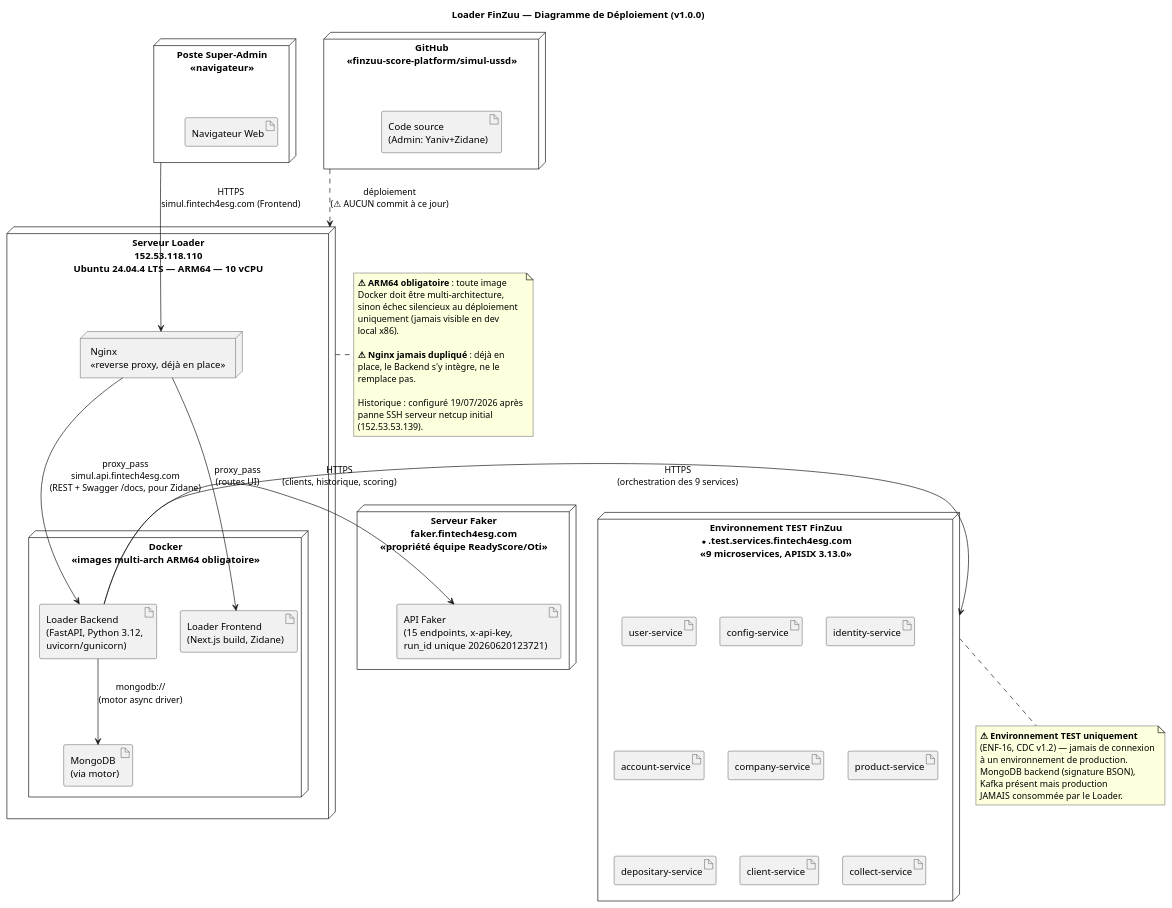
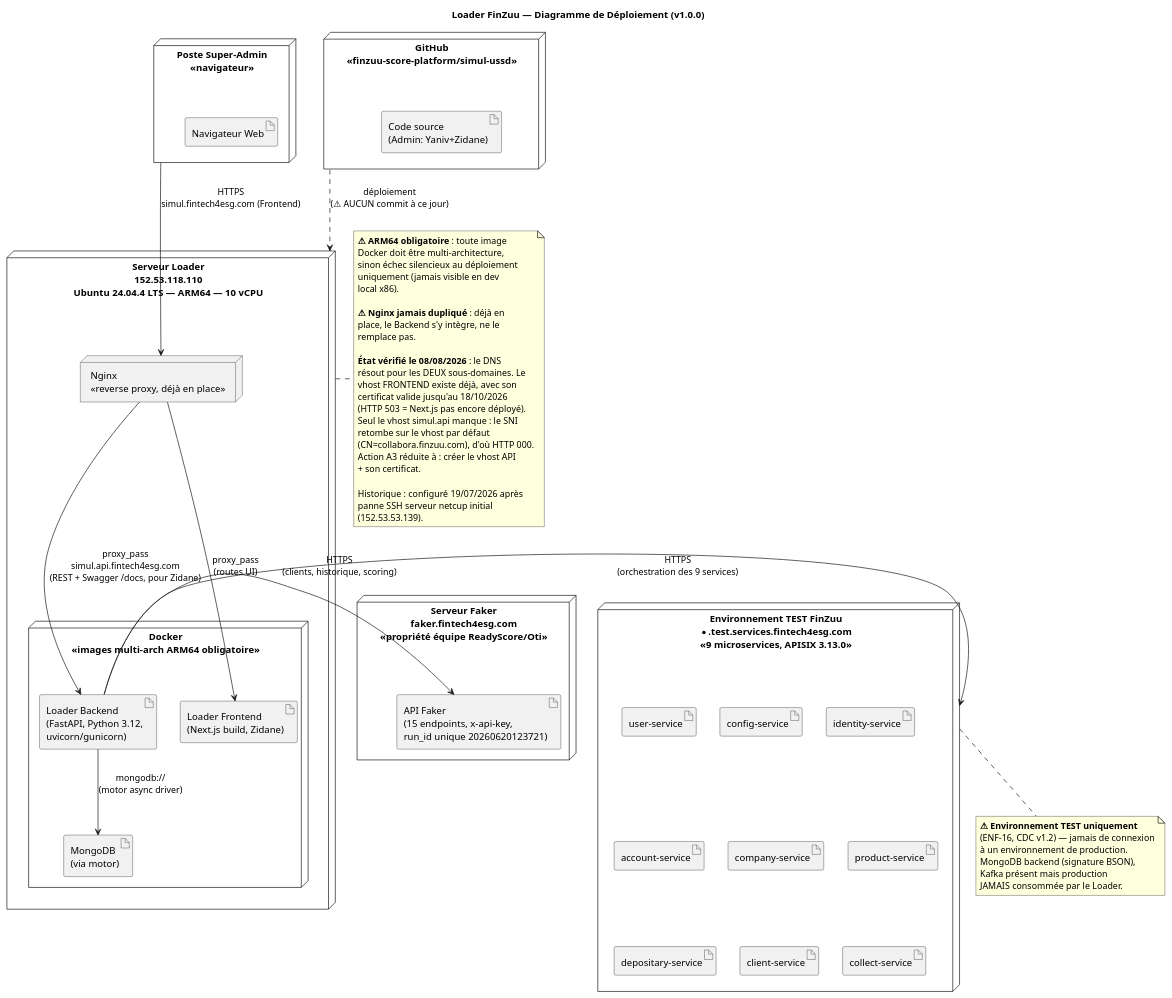
The diagram in docs/reference/uml_diagrams/11_deployment.puml (KuateAbdel/simulator-backend-loader), drawn with PlantUML before and after one commit. The commit also changed 5 other files, not shown here.

First line of the commit message:
fix(uml)+feat(cdc): alignement des diagrammes sur le CDC et parametres figes

```diff
--- a/docs/reference/uml_diagrams/11_deployment.puml
+++ b/docs/reference/uml_diagrams/11_deployment.puml
@@ -1,91 +1,102 @@
 @startuml Loader_FinZuu_Deployment_v1
 
 title Loader FinZuu — Diagramme de Déploiement (v1.0.0)
 skinparam nodeStyle rectangle
 
 ' ============================================================
 ' POSTE SUPER-ADMIN (client)
 ' ============================================================
 node "Poste Super-Admin\n<<navigateur>>" as CLIENT {
   artifact "Navigateur Web" as BROWSER
 }
 
 ' ============================================================
 ' SERVEUR LOADER — coordonnées exactes confirmées
 ' ============================================================
 node "Serveur Loader\n152.53.118.110\nUbuntu 24.04.4 LTS — ARM64 — 10 vCPU" as SERVER {
 
   node "Nginx\n<<reverse proxy, déjà en place>>" as NGINX {
   }
 
   node "Docker\n<<images multi-arch ARM64 obligatoire>>" as DOCKER {
     artifact "Loader Backend\n(FastAPI, Python 3.12,\nuvicorn/gunicorn)" as BE_ART
     artifact "Loader Frontend\n(Next.js build, Zidane)" as FE_ART
     artifact "MongoDB\n(via motor)" as DB_ART
   }
 }
 
 CLIENT -down-> NGINX : HTTPS\nsimul.fintech4esg.com (Frontend)
 
 NGINX -down-> FE_ART : proxy_pass\n(routes UI)
 NGINX -down-> BE_ART : proxy_pass\nsimul.api.fintech4esg.com\n(REST + Swagger /docs, pour Zidane)
 BE_ART -down-> DB_ART : mongodb://\n(motor async driver)
 
 note right of SERVER
   **⚠ ARM64 obligatoire** : toute image
   Docker doit être multi-architecture,
   sinon échec silencieux au déploiement
   uniquement (jamais visible en dev
   local x86).
 
   **⚠ Nginx jamais dupliqué** : déjà en
   place, le Backend s'y intègre, ne le
   remplace pas.
+
+  **État vérifié le 08/08/2026** : le DNS
+  résout pour les DEUX sous-domaines. Le
+  vhost FRONTEND existe déjà, avec son
+  certificat valide jusqu'au 18/10/2026
+  (HTTP 503 = Next.js pas encore déployé).
+  Seul le vhost simul.api manque : le SNI
+  retombe sur le vhost par défaut
+  (CN=collabora.finzuu.com), d'où HTTP 000.
+  Action A3 réduite à : créer le vhost API
+  + son certificat.
 
   Historique : configuré 19/07/2026 après
   panne SSH serveur netcup initial
   (152.53.53.139).
 end note
 
 ' ============================================================
 ' RÉFÉRENTIEL SOURCE — GitHub
 ' ============================================================
 node "GitHub\n<<finzuu-score-platform/simul-ussd>>" as GITHUB {
   artifact "Code source\n(Admin: Yaniv+Zidane)" as CODE
 }
 GITHUB .down.> SERVER : déploiement\n(⚠ AUCUN commit à ce jour)
 
 ' ============================================================
 ' DÉPENDANCE EXTERNE 1 — Faker fintech4esg
 ' ============================================================
 node "Serveur Faker\nfaker.fintech4esg.com\n<<propriété équipe ReadyScore/Oti>>" as FAKER_SRV {
   artifact "API Faker\n(15 endpoints, x-api-key,\nrun_id unique 20260620123721)" as FAKER_ART
 }
 BE_ART -right-> FAKER_ART : HTTPS\n(clients, historique, scoring)
 
 ' ============================================================
 ' DÉPENDANCE EXTERNE 2 — Écosystème FinZuu TEST
 ' ============================================================
 node "Environnement TEST FinZuu\n*.test.services.fintech4esg.com\n<<9 microservices, APISIX 3.13.0>>" as FINZUU_TEST {
   artifact "user-service" as N_USR
   artifact "config-service" as N_CFG
   artifact "identity-service" as N_IDS
   artifact "account-service" as N_ACC
   artifact "company-service" as N_CMP
   artifact "product-service" as N_PRD
   artifact "depositary-service" as N_DEP
   artifact "client-service" as N_CLI
   artifact "collect-service" as N_COL
 }
 BE_ART -left-> FINZUU_TEST : HTTPS\n(orchestration des 9 services)
 
 note bottom of FINZUU_TEST
   **⚠ Environnement TEST uniquement**
   (ENF-16, CDC v1.2) — jamais de connexion
   à un environnement de production.
   MongoDB backend (signature BSON),
   Kafka présent mais production
   JAMAIS consommée par le Loader.
 end note
 
 @enduml
```
